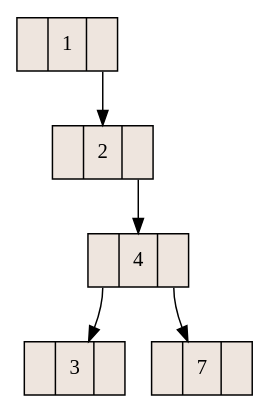
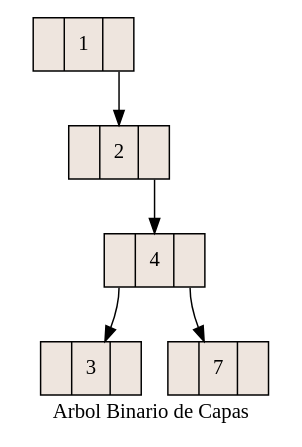
The diagram in Proyecto1EDD/Arbol.dot (EdsonArmando/Proyecto1EDD), drawn with Graphviz before and after one commit. The commit also changed 33 other files, not shown here.

```diff
--- a/Proyecto1EDD/Arbol.dot
+++ b/Proyecto1EDD/Arbol.dot
@@ -1,14 +1,15 @@
 digraph grafica{
 rankdir=TB;
-node [shape = record, style=filled, fillcolor=seashell2];
+ label="Arbol Binario de Capas"; 
+ node [shape = record, style=filled, fillcolor=seashell2];
 nodo1 [ label = "<C0>|1|<C1>"];
 nodo2 [ label = "<C0>|2|<C1>"];
 nodo4 [ label = "<C0>|4|<C1>"];
 nodo3 [ label = "<C0>|3|<C1>"];
 nodo7 [ label = "<C0>|7|<C1>"];
 nodo1:C1->nodo2
 nodo2:C1->nodo4
 nodo4:C0->nodo3
 nodo4:C1->nodo7
 
 }
```
